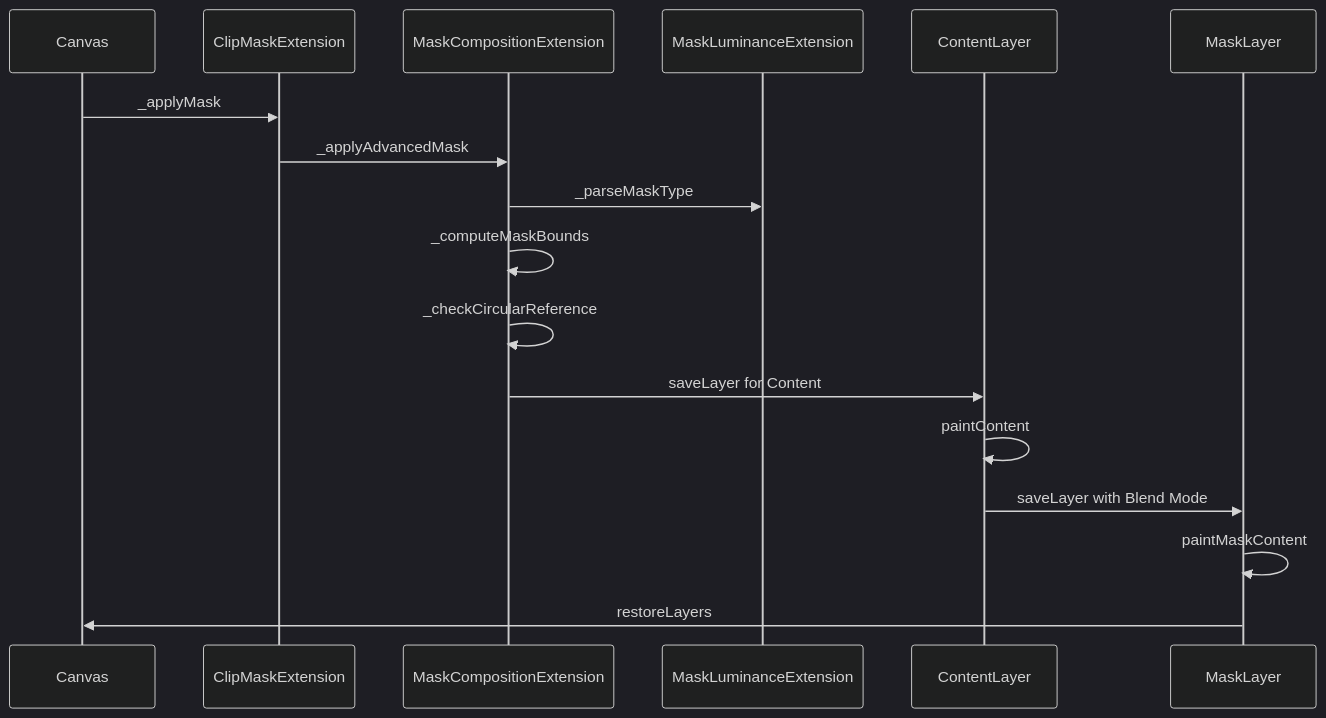
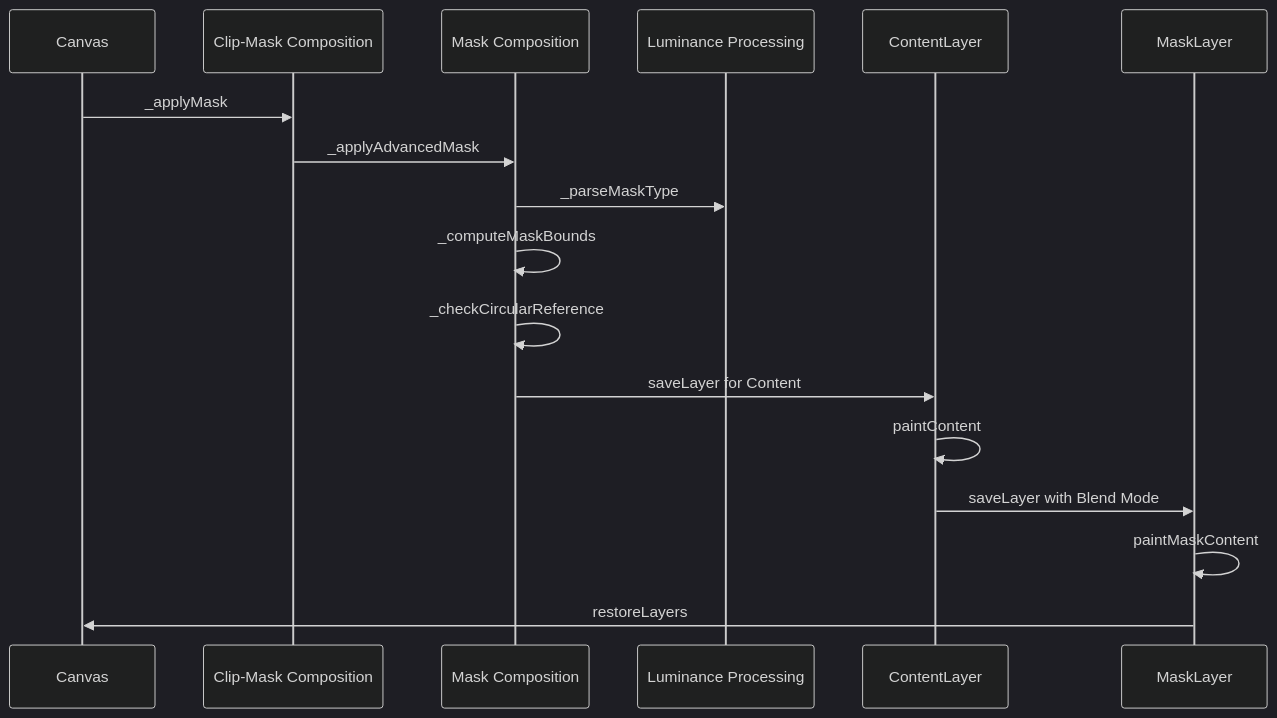
One commit to denisnadey/flutter_full_svg_support changed the third of 10 diagrams in .qoder/repowiki/en/content/Animated SVG Support/Advanced Animation Features/SVG Filters and Effects/Advanced Clipping and Masking System.md. Above: the diagram before and after it, drawn with Mermaid (dark theme). The commit also changed other lines of this file and 498 other files, not shown here.

````diff
--- a/.qoder/repowiki/en/content/Animated SVG Support/Advanced Animation Features/SVG Filters and Effects/Advanced Clipping and Masking System.md
+++ b/.qoder/repowiki/en/content/Animated SVG Support/Advanced Animation Features/SVG Filters and Effects/Advanced Clipping and Masking System.md
@@ -232,19 +236,19 @@
 ```mermaid
 sequenceDiagram
 participant Canvas as Canvas
-participant ClipMask as ClipMaskExtension
-participant MaskComp as MaskCompositionExtension
-participant MaskLum as MaskLuminanceExtension
+participant ClipMask as Clip-Mask Composition
+participant MaskComp as Mask Composition
+participant MaskLum as Luminance Processing
 participant ContentLayer as ContentLayer
 participant MaskLayer as MaskLayer
 Canvas->>ClipMask : _applyMask
 ClipMask->>MaskComp : _applyAdvancedMask
 MaskComp->>MaskLum : _parseMaskType
 MaskComp->>MaskComp : _computeMaskBounds
 MaskComp->>MaskComp : _checkCircularReference
 MaskComp->>ContentLayer : saveLayer for Content
 ContentLayer->>ContentLayer : paintContent
 ContentLayer->>MaskLayer : saveLayer with Blend Mode
 MaskLayer->>MaskLayer : paintMaskContent
 MaskLayer->>Canvas : restoreLayers
 ```
````
